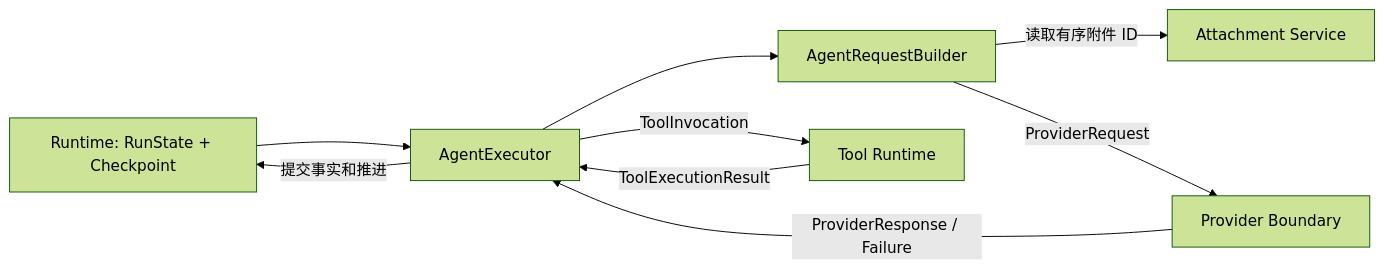
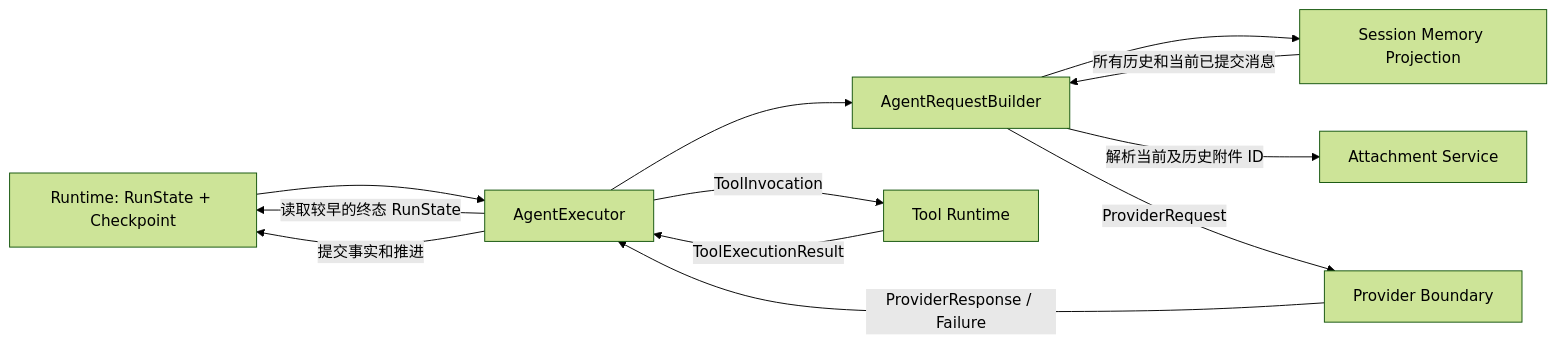
The diagram in docs/figura/agent.md (YeZibn/Figura), drawn with Mermaid (forest theme) before and after one commit. The commit also changed other lines of this file and 27 other files, not shown here.

Commit message:
feat(memory): 实现会话级运行历史读取与 Agent 会话记忆投影

````diff
--- a/docs/figura/agent.md
+++ b/docs/figura/agent.md
@@ -9,11 +9,14 @@
 ```mermaid
 flowchart LR
     State[Runtime: RunState + Checkpoint] --> Agent[AgentExecutor]
+    Agent -->|读取较早的终态 RunState| State
     Agent --> Build[AgentRequestBuilder]
-    Build -->|读取有序附件 ID| Attach[Attachment Service]
+    Build --> Memory[Session Memory Projection]
+    Memory -->|所有历史和当前已提交消息| Build
+    Build -->|解析当前及历史附件 ID| Attach[Attachment Service]
     Build -->|ProviderRequest| Provider[Provider Boundary]
     Provider -->|ProviderResponse / Failure| Agent
     Agent -->|ToolInvocation| Tool[Tool Runtime]
     Tool -->|ToolExecutionResult| Agent
     Agent -->|提交事实和推进| State
 ```
````
